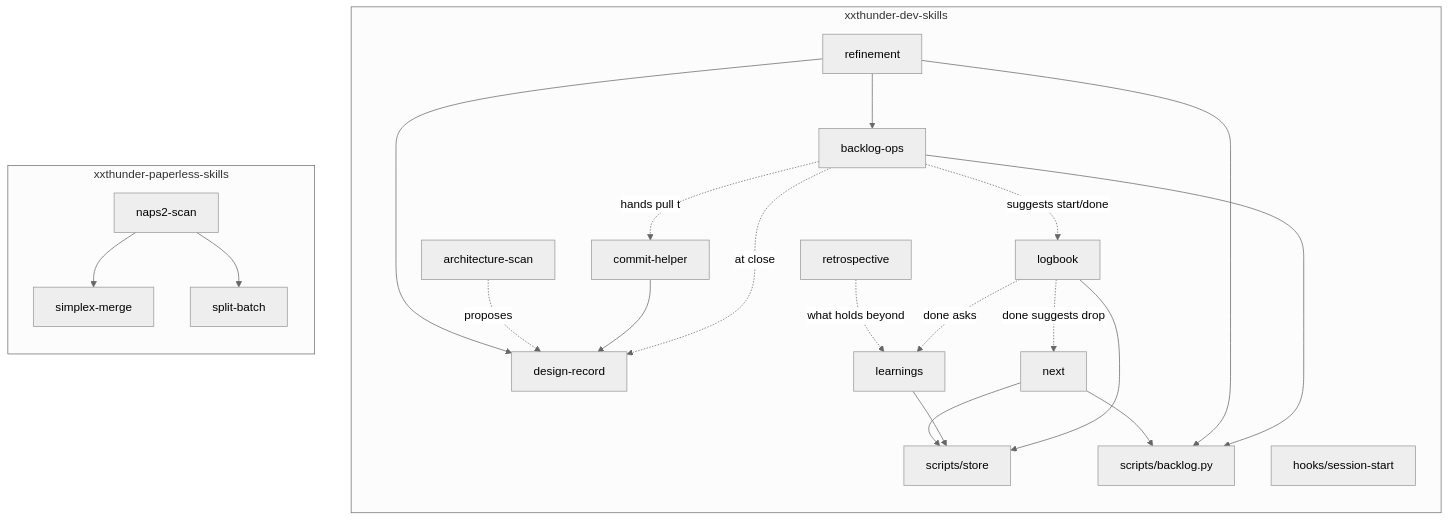
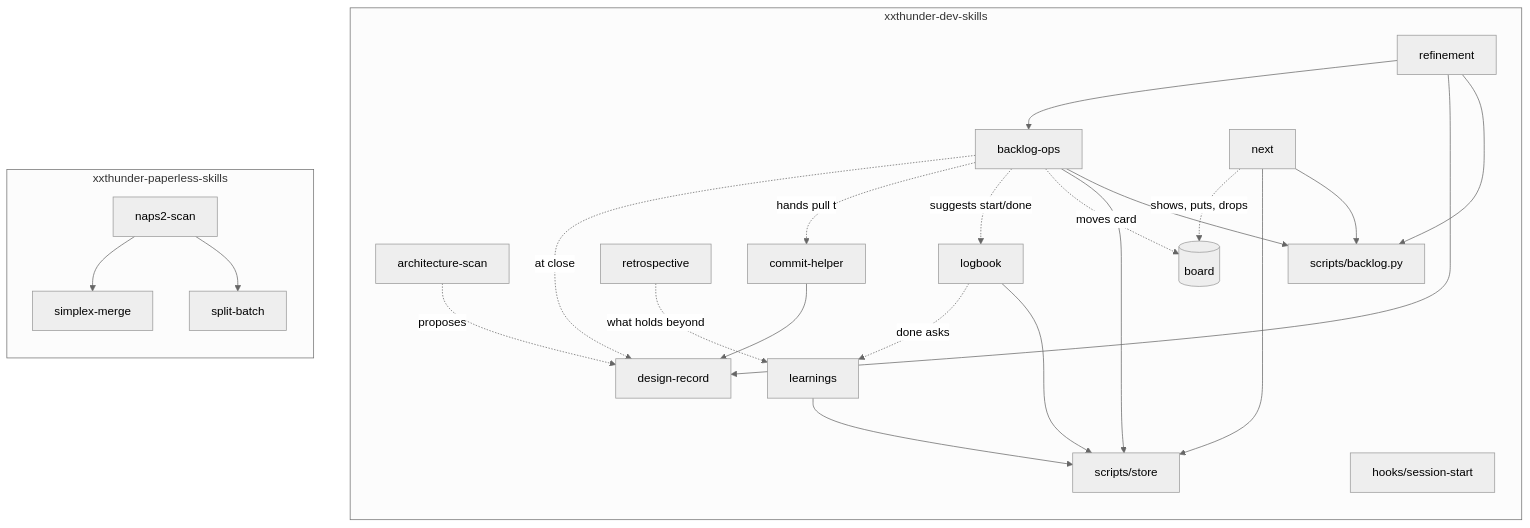
Before and after one commit to xxthunder/xxthunder-agentic-skills: the third of 8 diagrams in docs/architecture.md, drawn with Mermaid (neutral theme). The commit also changed other lines of this file and 3 other files, not shown here.

First line of the commit message:
docs(architecture): the board as its own store; backlog-ops moves cards (XAS-046)

````diff
--- a/docs/architecture.md
+++ b/docs/architecture.md
@@ -63,29 +63,31 @@
 ```mermaid
 flowchart TB
     subgraph dev["xxthunder-dev-skills"]
         direction TB
         refinement --> backlog["backlog-ops"]
         refinement --> record["design-record"]
         scan["architecture-scan"] -.proposes.-> record
         commit["commit-helper"] --> record
         backlog -.at close.-> record
         backlog -.hands pull to.-> commit
         retro["retrospective"]
         retro -.what holds beyond.-> learn["learnings"]
         backlog -.suggests start/done.-> logb["logbook"]
         logb -.done asks.-> learn
-        logb -.done suggests drop.-> nxt["next"]
+        backlog -.moves card.-> board[("board")]
+        nxt["next"] -.shows, puts, drops.-> board
         nxt --> storesh
+        backlog --> storesh
         nxt --> backpy
         learn --> storesh["scripts/store"]
         logb --> storesh
         refinement --> backpy["scripts/backlog.py"]
         backlog --> backpy
         hook["hooks/session-start"]
     end
     subgraph paper["xxthunder-paperless-skills"]
         direction TB
         scanp["naps2-scan"] --> merge["simplex-merge"]
         scanp --> split["split-batch"]
     end
 ```
````
